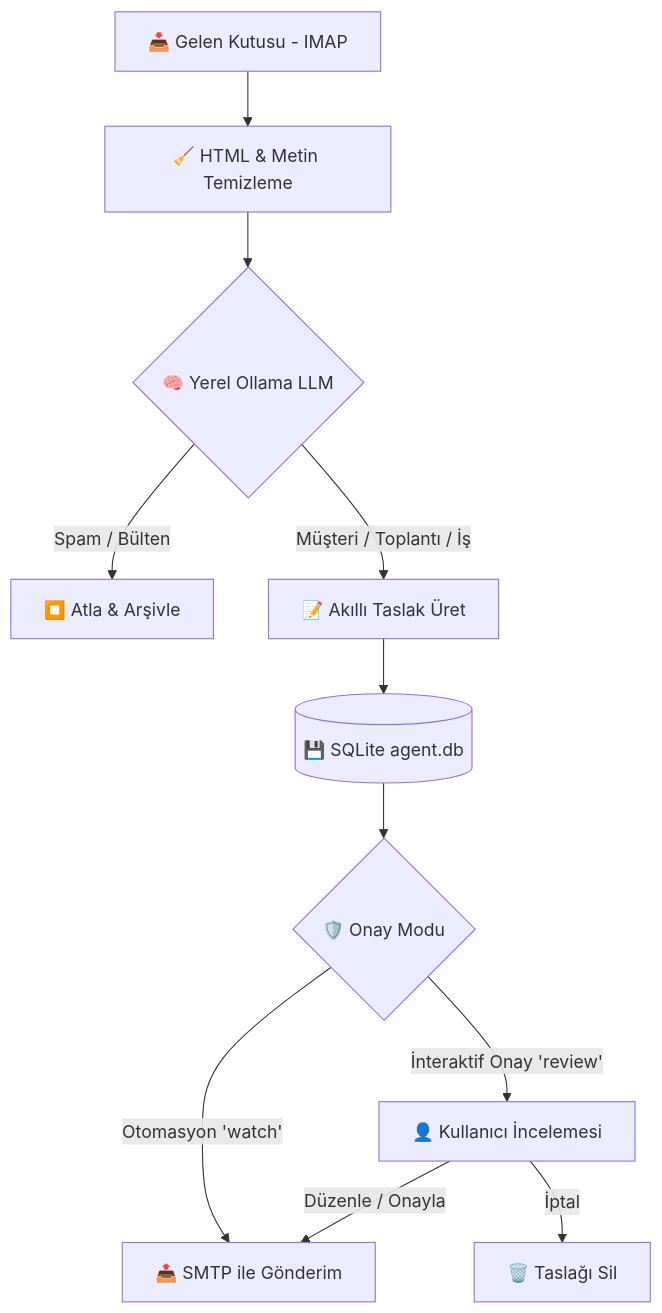
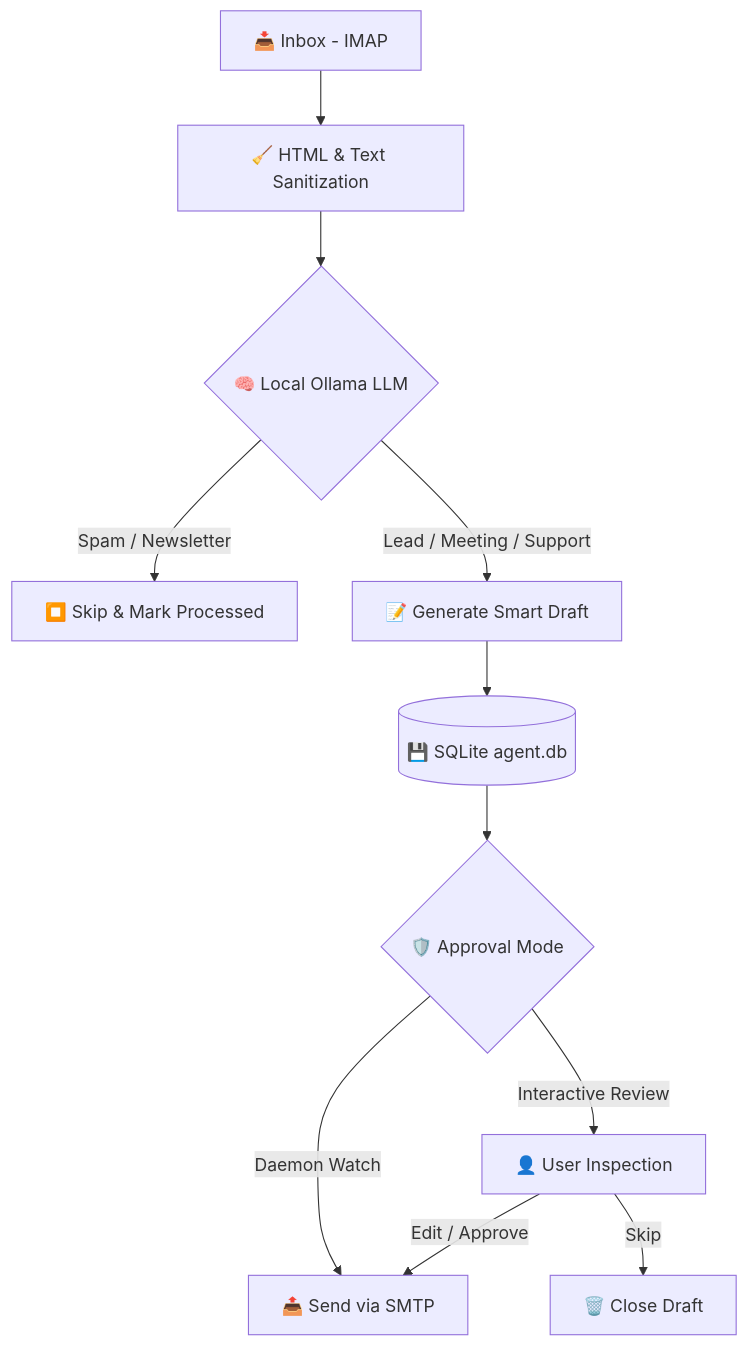
Before and after one commit to erenburakkayaer/Custom-AI-Agent-for-Email: the diagram in README.md, drawn with Mermaid. The commit also changed other lines of this file and 2 other files, not shown here.

````diff
--- a/README.md
+++ b/README.md
@@ -55,13 +55,13 @@
 ```mermaid
 flowchart TD
-    A[📥 Gelen Kutusu - IMAP] --> B[🧹 HTML & Metin Temizleme]
-    B --> C{🧠 Yerel Ollama LLM}
-    C -->|Spam / Bülten| D[⏹️ Atla & Arşivle]
-    C -->|Müşteri / Toplantı / İş| E[📝 Akıllı Taslak Üret]
+    A[📥 Inbox - IMAP] --> B[🧹 HTML & Text Sanitization]
+    B --> C{🧠 Local Ollama LLM}
+    C -->|Spam / Newsletter| D[⏹️ Skip & Mark Processed]
+    C -->|Lead / Meeting / Support| E[📝 Generate Smart Draft]
     E --> F[(💾 SQLite agent.db)]
-    F --> G{🛡️ Onay Modu}
-    G -->|İnteraktif Onay 'review'| H[👤 Kullanıcı İncelemesi]
-    G -->|Otomasyon 'watch'| I[📤 SMTP ile Gönderim]
-    H -->|Düzenle / Onayla| I
-    H -->|İptal| J[🗑️ Taslağı Sil]
+    F --> G{🛡️ Approval Mode}
+    G -->|Interactive Review| H[👤 User Inspection]
+    G -->|Daemon Watch| I[📤 Send via SMTP]
+    H -->|Edit / Approve| I
+    H -->|Skip| J[🗑️ Close Draft]
 ```
````
